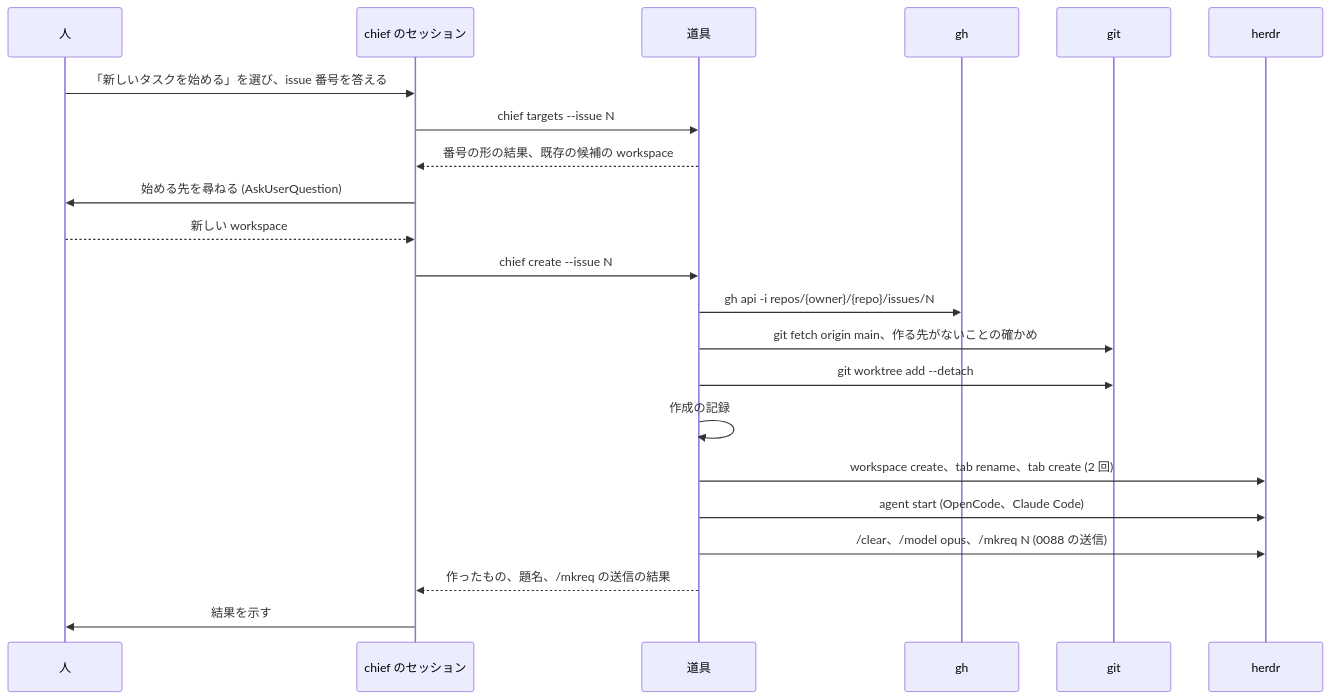
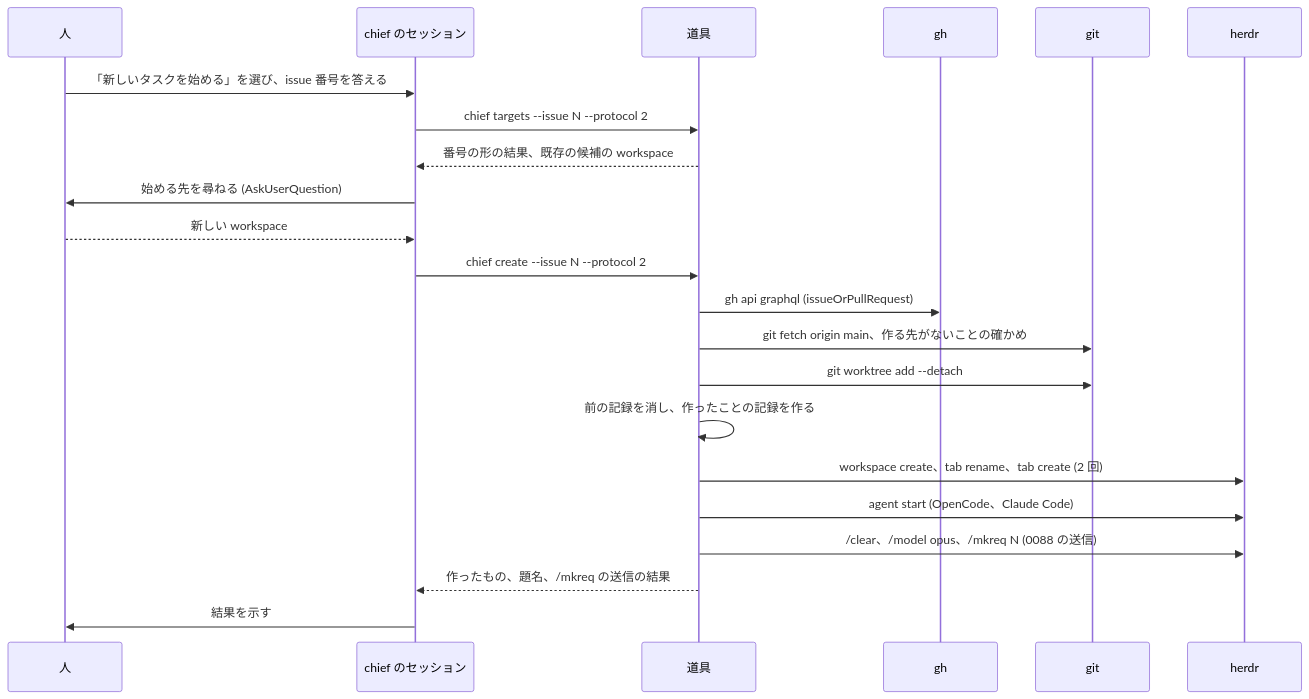
One commit to isseis/yt2column changed the third of 6 diagrams in docs/tasks/0092_chief_task_workspace/02_architecture.md. Above: the diagram before and after it, drawn with Mermaid. The commit also changed other lines of this file and 2 other files, not shown here.

First line of the commit message:
docs(0092): address the architecture review and polish the Japanese prose

````diff
--- a/docs/tasks/0092_chief_task_workspace/02_architecture.md
+++ b/docs/tasks/0092_chief_task_workspace/02_architecture.md
@@ -183,25 +196,25 @@
 ```mermaid
 sequenceDiagram
     participant H as 人
     participant S as chief のセッション
     participant T as 道具
     participant GH as gh
     participant G as git
     participant HD as herdr
 
     H->>S: 「新しいタスクを始める」を選び、issue 番号を答える
-    S->>T: chief targets --issue N
+    S->>T: chief targets --issue N --protocol 2
     T-->>S: 番号の形の結果、既存の候補の workspace
     S->>H: 始める先を尋ねる (AskUserQuestion)
     H-->>S: 新しい workspace
-    S->>T: chief create --issue N
-    T->>GH: gh api -i repos/{owner}/{repo}/issues/N
+    S->>T: chief create --issue N --protocol 2
+    T->>GH: gh api graphql (issueOrPullRequest)
     T->>G: git fetch origin main、作る先がないことの確かめ
     T->>G: git worktree add --detach
-    T->>T: 作成の記録
+    T->>T: 前の記録を消し、作ったことの記録を作る
     T->>HD: workspace create、tab rename、tab create (2 回)
     T->>HD: agent start (OpenCode、Claude Code)
     T->>HD: /clear、/model opus、/mkreq N (0088 の送信)
     T-->>S: 作ったもの、題名、/mkreq の送信の結果
     S->>H: 結果を示す
 ```
````
